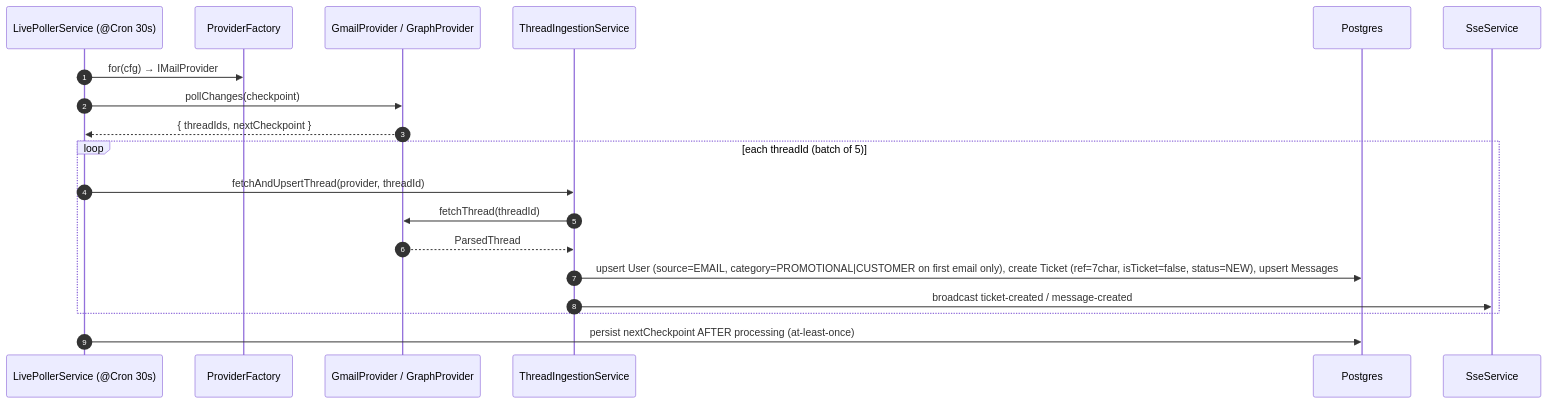
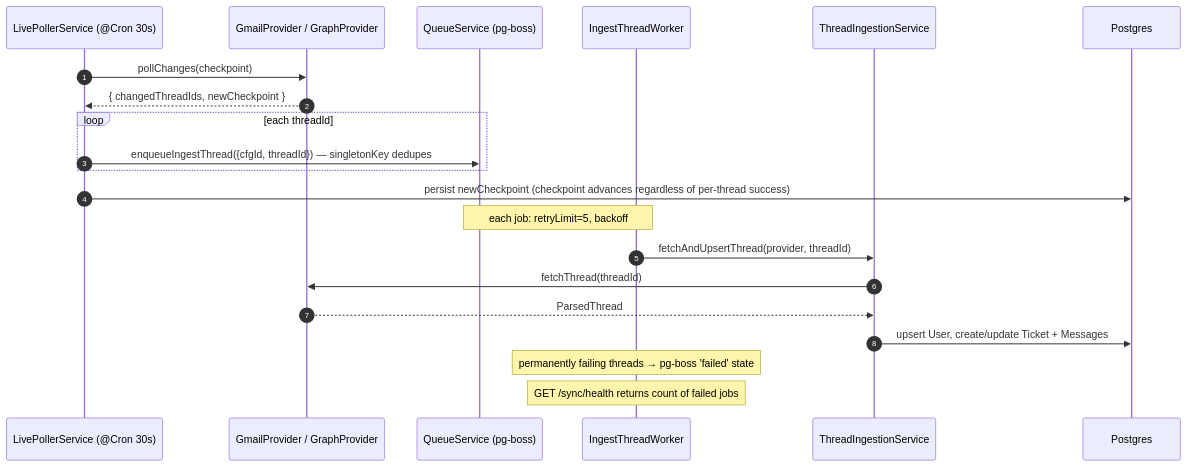
One commit to Vignesh-Siva96/tmr_athena changed the first of 3 diagrams in docs/atlas/email.md. Above: the diagram before and after it, drawn with Mermaid. The commit also changed other lines of this file and 77 other files, not shown here.

Commit message:
feat(MCP): Updated email flow and other changes

````diff
--- a/docs/atlas/email.md
+++ b/docs/atlas/email.md
@@ -32,22 +38,24 @@
 ```mermaid
 sequenceDiagram
   autonumber
   participant Cron as LivePollerService (@Cron 30s)
-  participant Factory as ProviderFactory
   participant Provider as GmailProvider / GraphProvider
+  participant Q as QueueService (pg-boss)
+  participant Worker as IngestThreadWorker
   participant Ingestion as ThreadIngestionService
   participant DB as Postgres
-  participant SSE as SseService
 
-  Cron->>Factory: for(cfg) → IMailProvider
   Cron->>Provider: pollChanges(checkpoint)
-  Provider-->>Cron: { threadIds, nextCheckpoint }
-  loop each threadId (batch of 5)
-    Cron->>Ingestion: fetchAndUpsertThread(provider, threadId)
-    Ingestion->>Provider: fetchThread(threadId)
-    Provider-->>Ingestion: ParsedThread
-    Ingestion->>DB: upsert User (source=EMAIL, category=PROMOTIONAL|CUSTOMER on first email only), create Ticket (ref=7char, isTicket=false, status=NEW), upsert Messages
-    Ingestion->>SSE: broadcast ticket-created / message-created
+  Provider-->>Cron: { changedThreadIds, newCheckpoint }
+  loop each threadId
+    Cron->>Q: enqueueIngestThread({cfgId, threadId}) — singletonKey dedupes
   end
-  Cron->>DB: persist nextCheckpoint AFTER processing (at-least-once)
+  Cron->>DB: persist newCheckpoint (checkpoint advances regardless of per-thread success)
+  note over Q,Worker: each job: retryLimit=5, backoff
+  Worker->>Ingestion: fetchAndUpsertThread(provider, threadId)
+  Ingestion->>Provider: fetchThread(threadId)
+  Provider-->>Ingestion: ParsedThread
+  Ingestion->>DB: upsert User, create/update Ticket + Messages
+  note over Worker: permanently failing threads → pg-boss 'failed' state
+  note over Worker: GET /sync/health returns count of failed jobs
 ```
````
